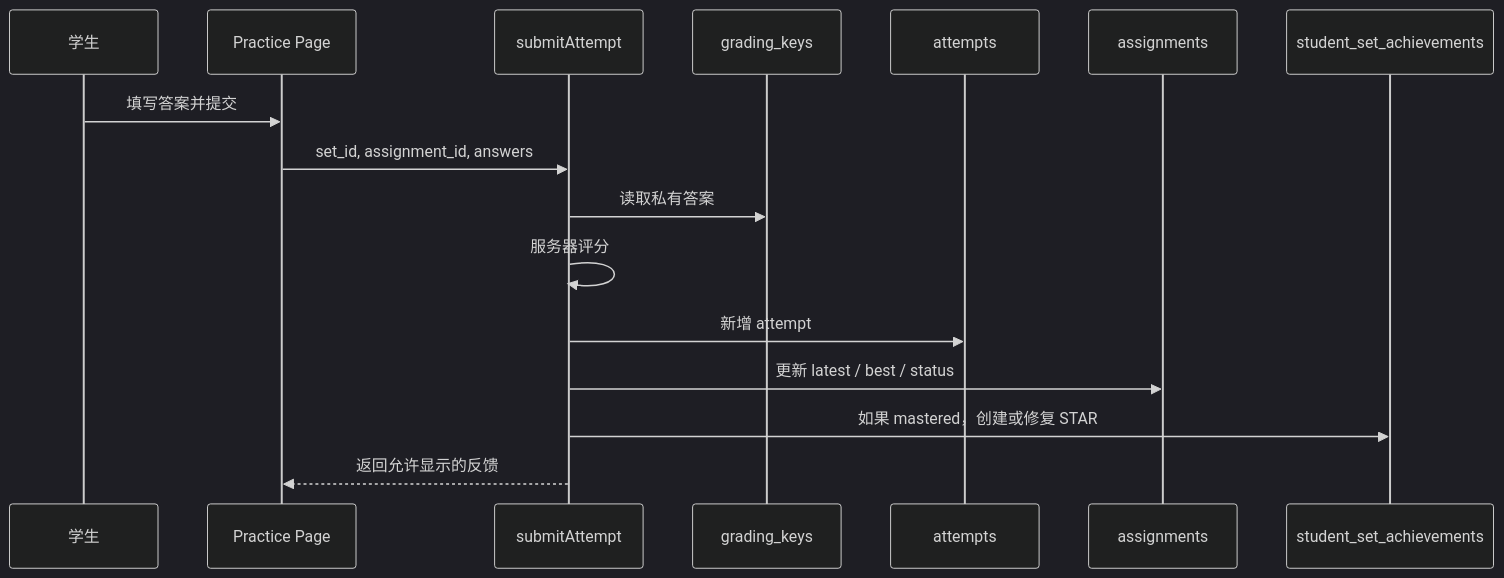
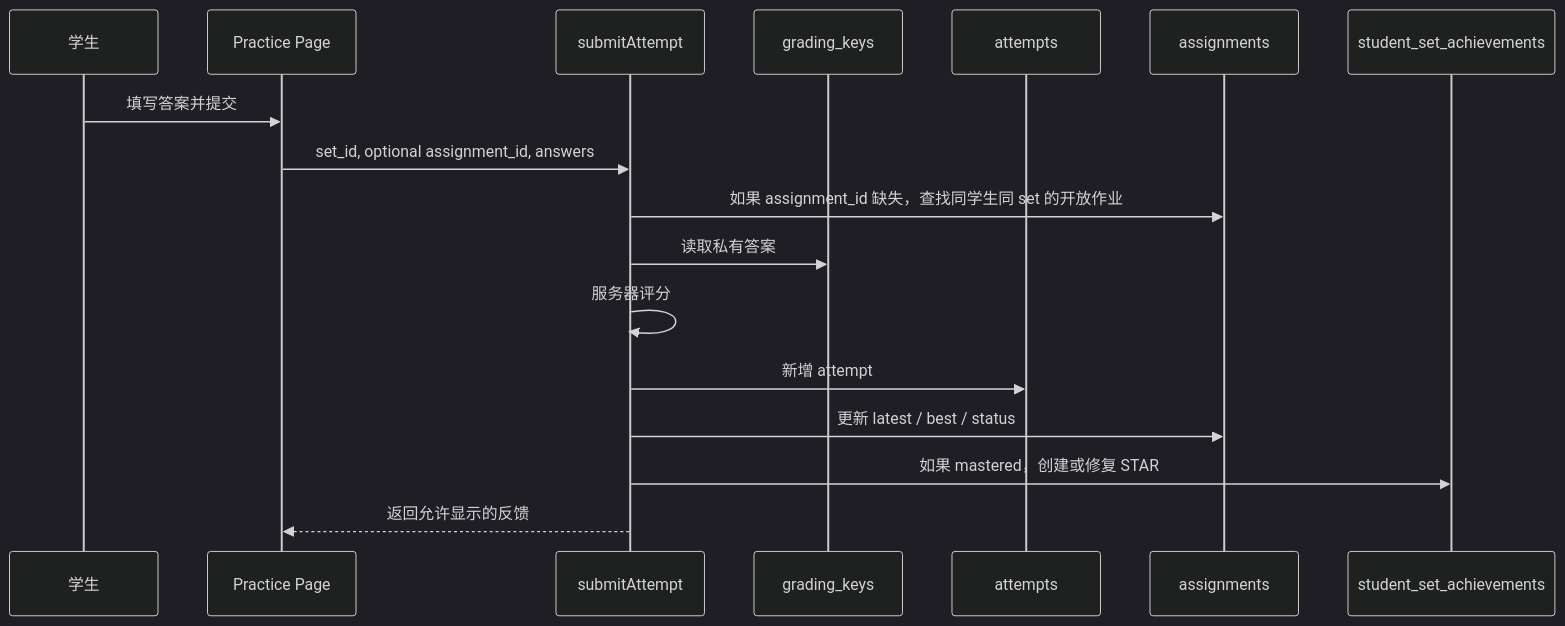
The fourth of 5 diagrams in docs/01_PRODUCT_REQUIREMENTS.md (jxbleo/jxbleo.github.io), drawn with Mermaid (dark theme) before and after one commit. The commit also changed other lines of this file and 7 other files, not shown here.

````diff
--- a/docs/01_PRODUCT_REQUIREMENTS.md
+++ b/docs/01_PRODUCT_REQUIREMENTS.md
@@ -610,19 +612,20 @@
 ```mermaid
 sequenceDiagram
   participant S as 学生
   participant P as Practice Page
   participant CF as submitAttempt
   participant GK as grading_keys
   participant A as attempts
   participant AS as assignments
   participant ST as student_set_achievements
 
   S->>P: 填写答案并提交
-  P->>CF: set_id, assignment_id, answers
+  P->>CF: set_id, optional assignment_id, answers
+  CF->>AS: 如果 assignment_id 缺失，查找同学生同 set 的开放作业
   CF->>GK: 读取私有答案
   CF->>CF: 服务器评分
   CF->>A: 新增 attempt
   CF->>AS: 更新 latest / best / status
   CF->>ST: 如果 mastered，创建或修复 STAR
   CF-->>P: 返回允许显示的反馈
 ```
````
